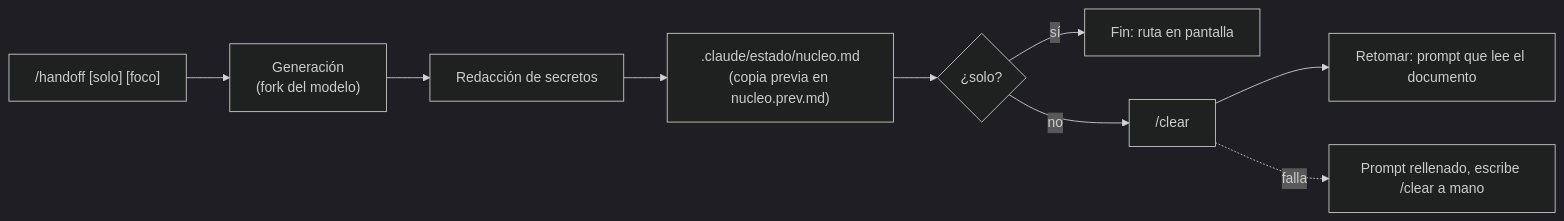
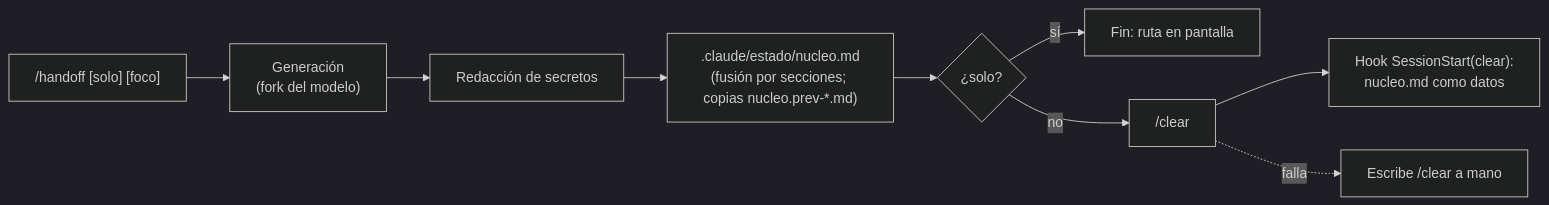
One commit to manuelcozar55/setup-claude-code changed the diagram in kit/docs/11-cockpit.md. Above: the diagram before and after it, drawn with Mermaid (dark theme). The commit also changed other lines of this file and 15 other files, not shown here.

First line of the commit message:
feat(cockpit): /handoff fusiona por secciones y la retoma pasa a un hook SessionStart

````diff
--- a/kit/docs/11-cockpit.md
+++ b/kit/docs/11-cockpit.md
@@ -41,11 +41,11 @@
 ```mermaid
 flowchart LR
   A["/handoff [solo] [foco]"] --> B["Generación<br/>(fork del modelo)"]
   B --> C["Redacción de secretos"]
-  C --> D[".claude/estado/nucleo.md<br/>(copia previa en nucleo.prev.md)"]
+  C --> D[".claude/estado/nucleo.md<br/>(fusión por secciones; copias nucleo.prev-*.md)"]
   D --> E{"¿solo?"}
   E -->|"sí"| F["Fin: ruta en pantalla"]
   E -->|"no"| G["/clear"]
-  G --> H["Retomar: prompt que lee el documento"]
-  G -.->|"falla"| I["Prompt rellenado, escribe /clear a mano"]
+  G --> H["Hook SessionStart(clear):<br/>nucleo.md como datos"]
+  G -.->|"falla"| I["Escribe /clear a mano"]
 ```
````
